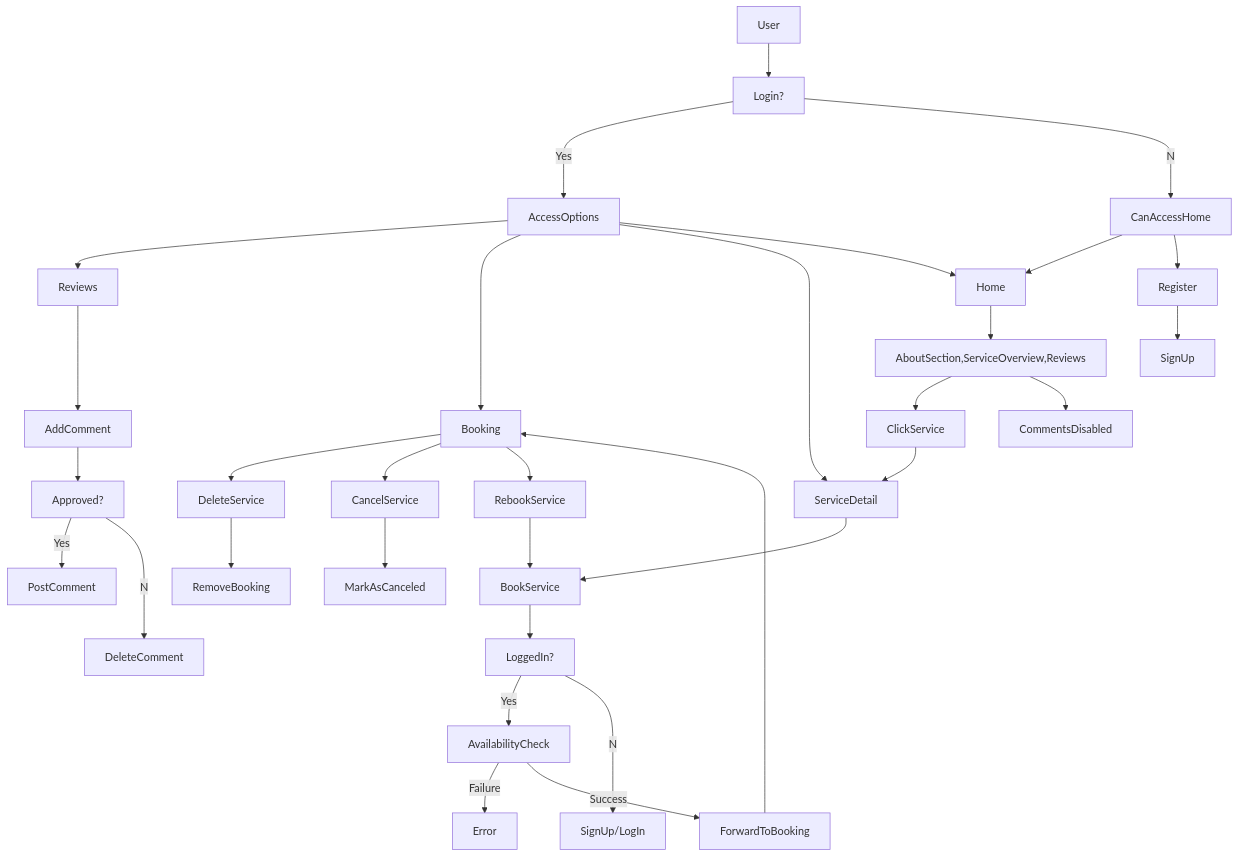
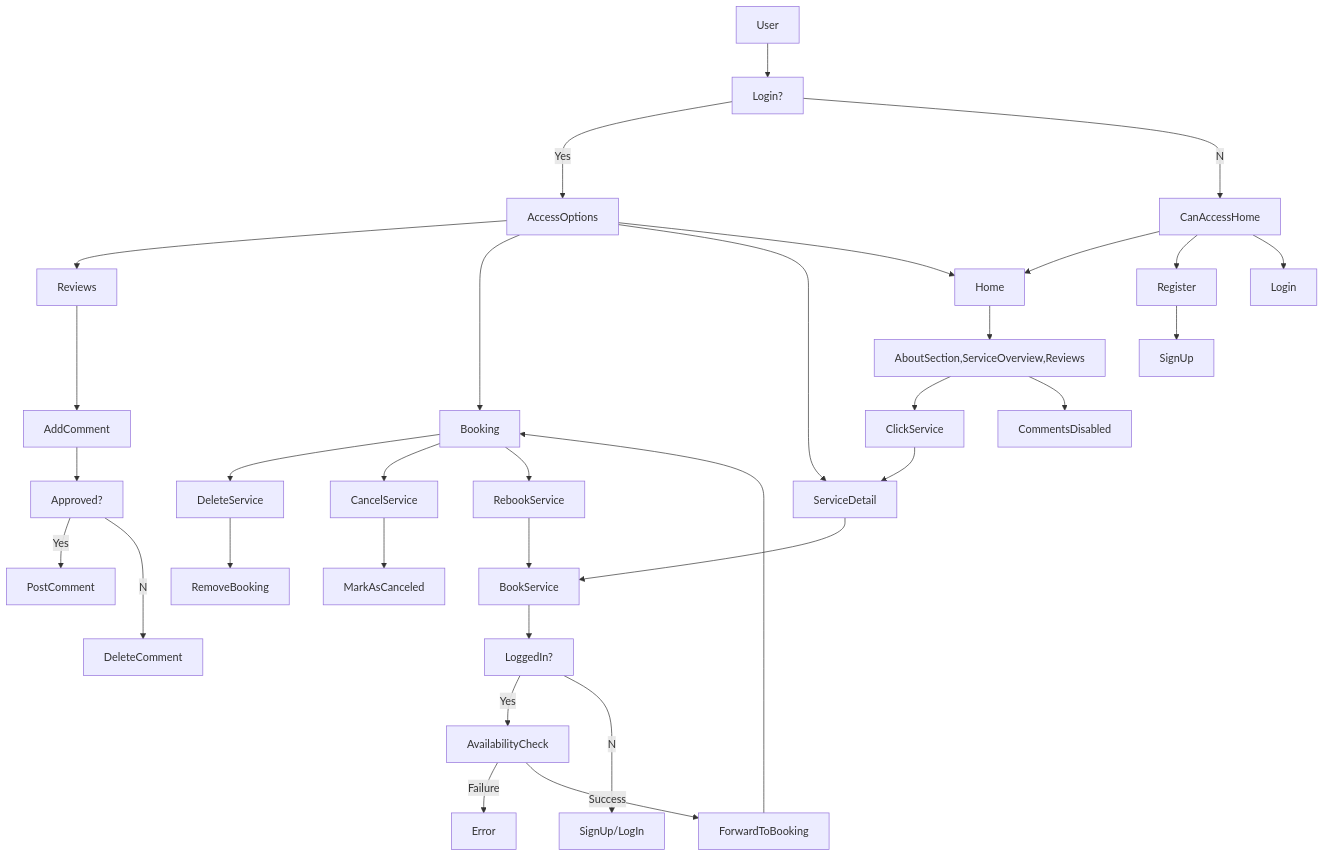
The second of 2 diagrams in README.md (DietkeSt/bark-buddies), drawn with Mermaid before and after one commit. The commit also changed other lines of this file, not shown here.

Commit message:
Add Login option to flowcharts

````diff
--- a/README.md
+++ b/README.md
@@ -36,34 +37,35 @@
 ```mermaid
 graph TD;
     User-->Login?;
     Login?--Yes-->AccessOptions;
     Login?--No-->CanAccessHome;
     AccessOptions-->Reviews;
     AccessOptions-->Booking;
     AccessOptions-->ServiceDetail;
     AccessOptions-->Home;
     CanAccessHome-->Home;
     CanAccessHome-->Register;
+    CanAccessHome-->Login;
     Home-->AboutSection,ServiceOverview,Reviews;
     AboutSection,ServiceOverview,Reviews-->ClickService;
     AboutSection,ServiceOverview,Reviews-->CommentsDisabled;
     ClickService-->ServiceDetail;
     Register-->SignUp;
     Reviews--->AddComment;
     AddComment-->Approved?;
     Approved?--Yes-->PostComment;
     Approved?--No-->DeleteComment;
     Booking-->DeleteService;
     Booking-->CancelService;
     Booking-->RebookService;
     RebookService-->BookService
     DeleteService-->RemoveBooking;
     CancelService-->MarkAsCanceled;
     ServiceDetail-->BookService;
     BookService-->LoggedIn?;
     LoggedIn?--Yes-->AvailabilityCheck;
     LoggedIn?--No-->SignUp/LogIn;
     AvailabilityCheck--Failure-->Error;
     AvailabilityCheck--Success-->ForwardToBooking;
     ForwardToBooking-->Booking;
 ```
````
